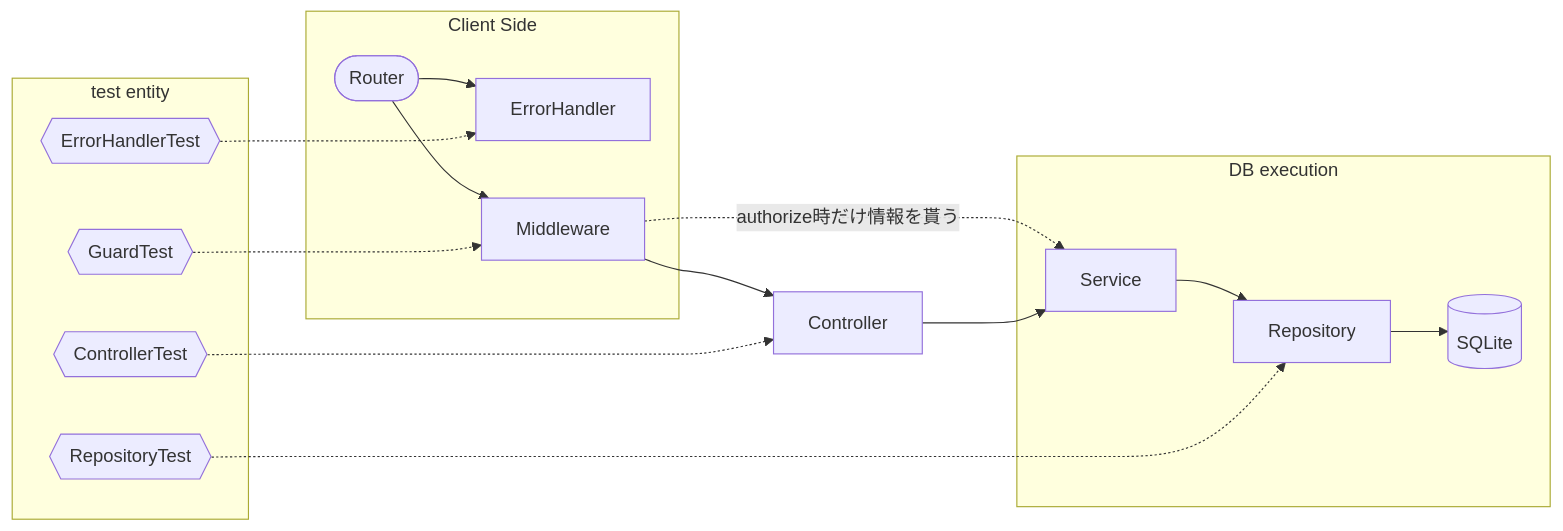
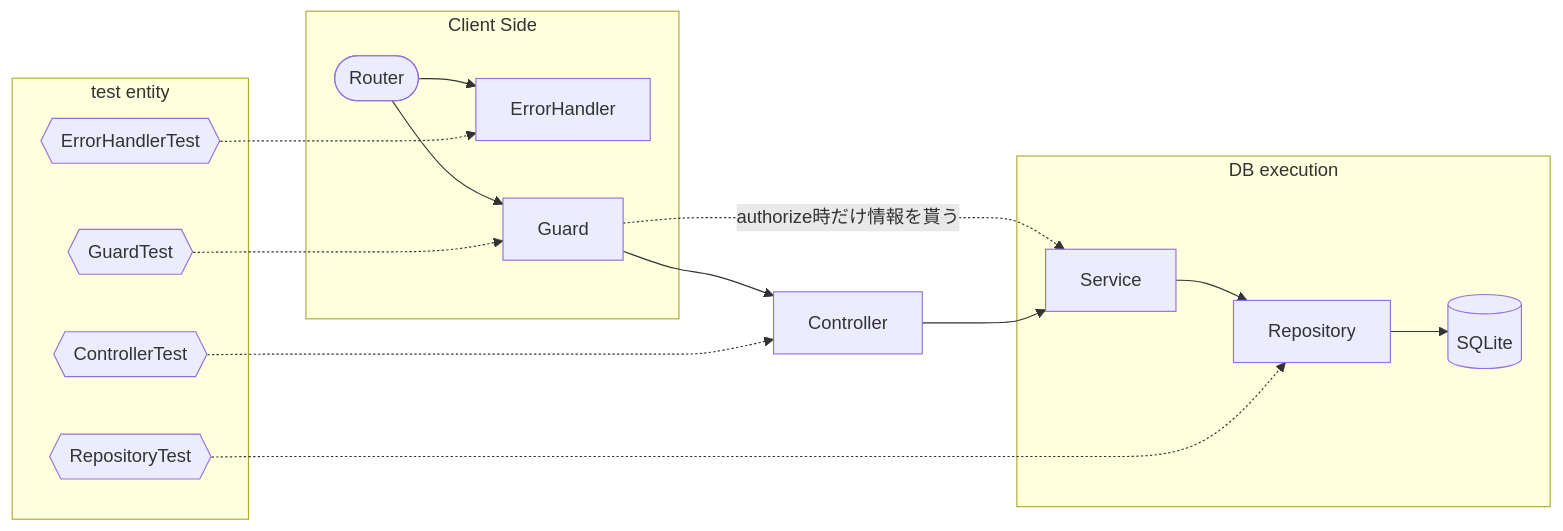
Before and after one commit to fujitashuichi/shared-driven-layered-ddd: the first of 2 diagrams in README.md, drawn with Mermaid. The commit also changed other lines of this file and 39 other files, not shown here.

````diff
--- a/README.md
+++ b/README.md
@@ -23,29 +23,29 @@
 ```mermaid
 flowchart LR
 
 subgraph test entity
   GuardTest{{GuardTest}}
   ControllerTest{{ControllerTest}}
   RepositoryTest{{RepositoryTest}}
   ErrorHandlerTest{{ErrorHandlerTest}}
 end
 
 subgraph Client Side
   Router([Router]) --> ErrorHandler
-  Router --> Middleware
+  Router --> Guard
 end
 
 subgraph DB execution
   Service --> Repository
   Repository --> DB[(SQLite)]
 end
 
-Middleware -.->|authorize時だけ情報を貰う| Service
-Middleware --> Controller
+Guard -.->|authorize時だけ情報を貰う| Service
+Guard --> Controller
 Controller --> Service
 
-GuardTest -..-> Middleware
+GuardTest -..-> Guard
 ControllerTest -..-> Controller
 RepositoryTest -..-> Repository
 ErrorHandlerTest -..-> ErrorHandler
 ```
````
